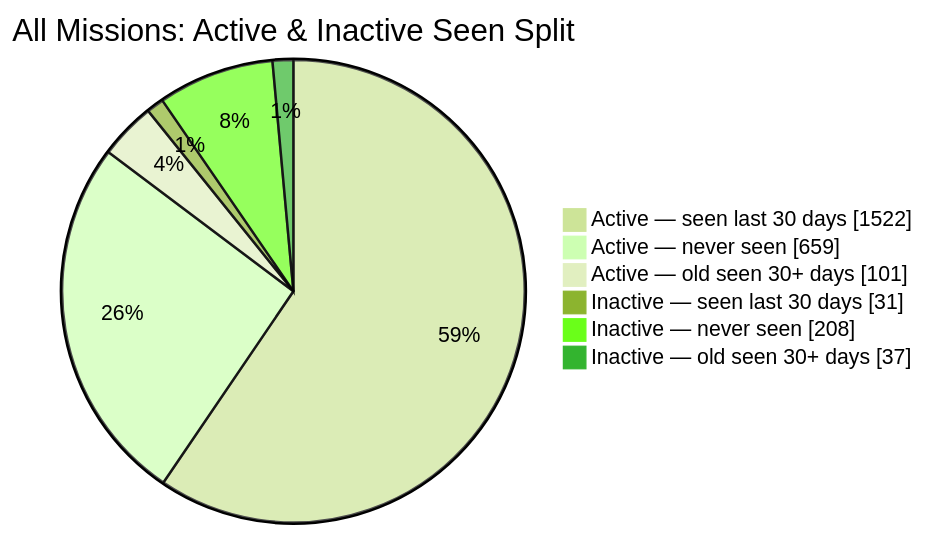
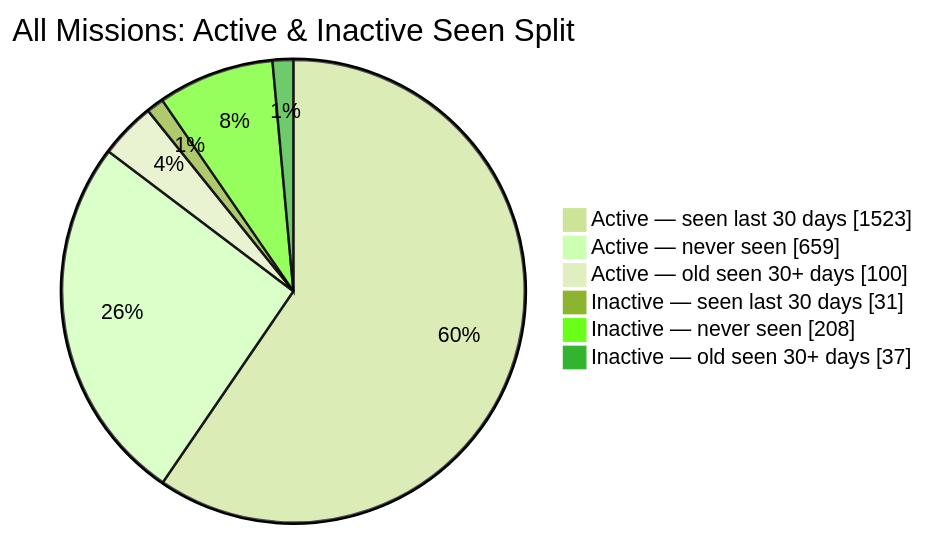
The second of 2 diagrams in README.md (MeldkamerspelGameTeam/active-missions), drawn with Mermaid (forest theme) before and after one commit. The commit also changed other lines of this file and 2 other files, not shown here.

````diff
--- a/README.md
+++ b/README.md
@@ -44,10 +44,10 @@
 ```mermaid
 pie showData
     title All Missions: Active & Inactive Seen Split
-    "Active — seen last 30 days" : 1522
+    "Active — seen last 30 days" : 1523
     "Active — never seen" : 659
-    "Active — old seen 30+ days" : 101
+    "Active — old seen 30+ days" : 100
     "Inactive — seen last 30 days" : 31
     "Inactive — never seen" : 208
     "Inactive — old seen 30+ days" : 37
 ```
````
